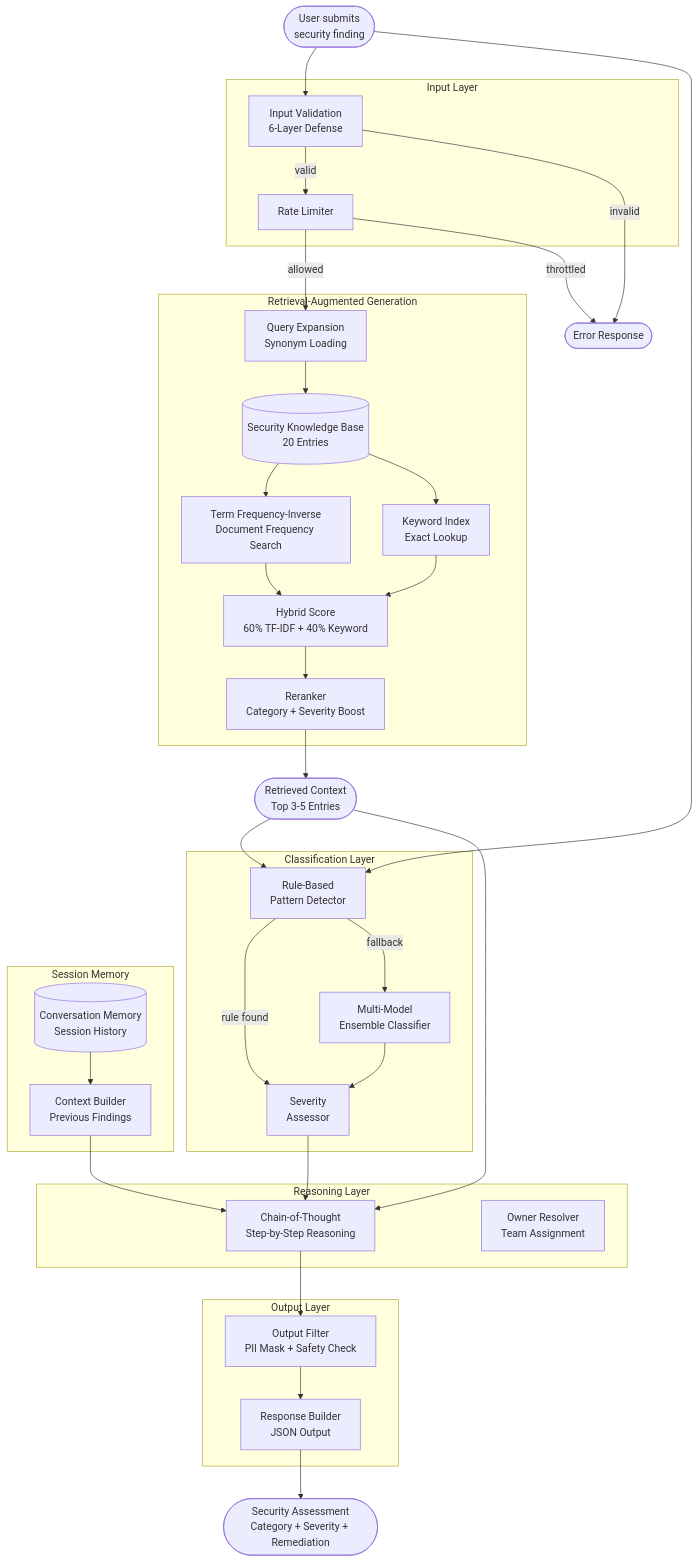
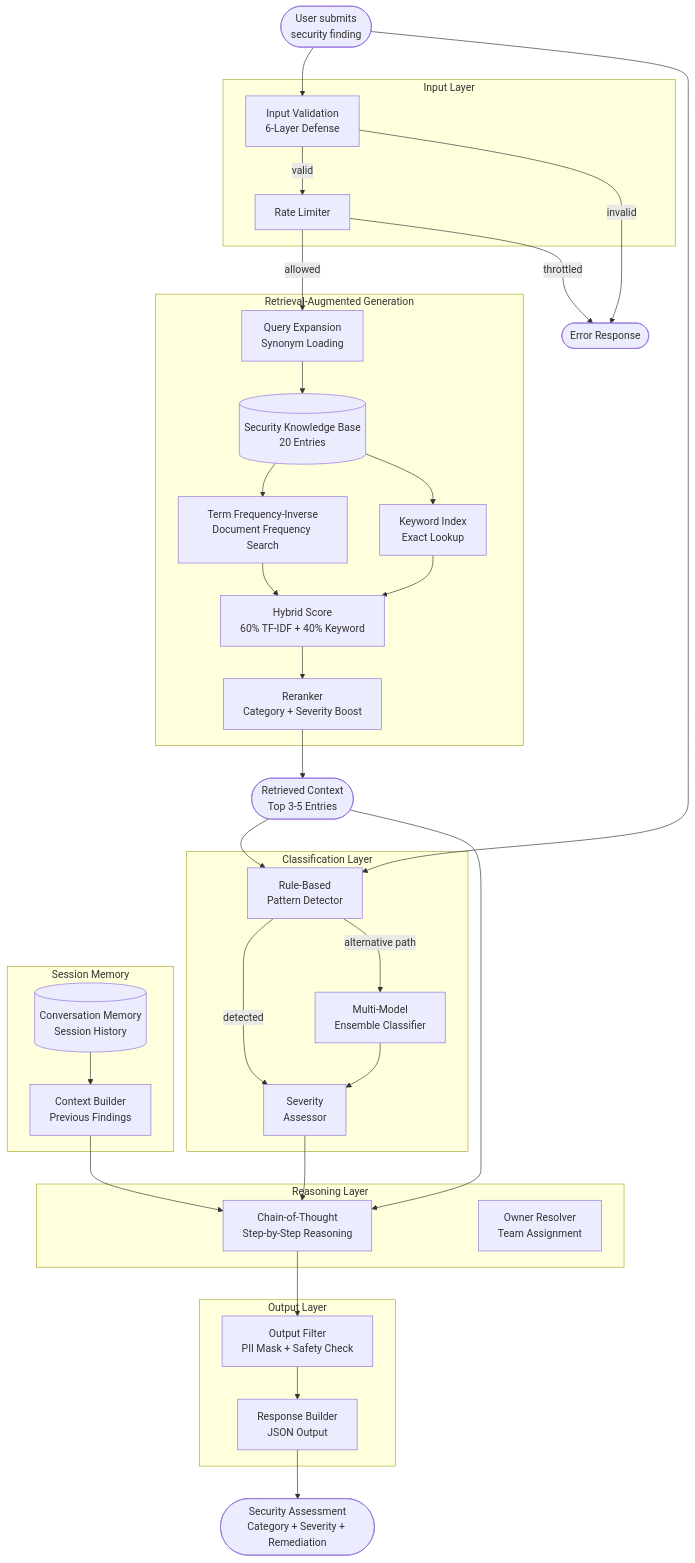
The first of 10 diagrams in README.md (tukue/devsecops-platform-agent), drawn with Mermaid before and after one commit. The commit also changed other lines of this file, not shown here.

Commit message:
Renaming diagram labels

````diff
--- a/README.md
+++ b/README.md
@@ -119,68 +119,68 @@
 ```mermaid
 flowchart TB
     User([User submits\nsecurity finding])
 
     subgraph INPUT["Input Layer"]
         V[Input Validation\n6-Layer Defense]
         RL[Rate Limiter]
     end
 
     subgraph RAG["Retrieval-Augmented Generation"]
         QE[Query Expansion\nSynonym Loading]
         TFIDF["Term Frequency-Inverse\nDocument Frequency Search"]
         KW["Keyword Index\nExact Lookup"]
         HS["Hybrid Score\n60% TF-IDF + 40% Keyword"]
         RR["Reranker\nCategory + Severity Boost"]
         KB[("Security Knowledge Base\n20 Entries")]
     end
 
     subgraph CLASSIFY["Classification Layer"]
         RULE["Rule-Based\nPattern Detector"]
         ENSEMBLE["Multi-Model\nEnsemble Classifier"]
         SEV["Severity\nAssessor"]
     end
 
     subgraph MEMORY["Session Memory"]
         MEM[("Conversation Memory\nSession History")]
         CTX["Context Builder\nPrevious Findings"]
     end
 
     subgraph REASON["Reasoning Layer"]
         COT["Chain-of-Thought\nStep-by-Step Reasoning"]
         owner["Owner Resolver\nTeam Assignment"]
     end
 
     subgraph OUTPUT["Output Layer"]
         OF["Output Filter\nPII Mask + Safety Check"]
         RESP["Response Builder\nJSON Output"]
     end
 
     User --> V
     V -->|valid| RL
     V -->|invalid| ERR([Error Response])
     RL -->|allowed| QE
     RL -->|throttled| ERR
 
     QE --> KB
     KB --> TFIDF
     KB --> KW
     TFIDF --> HS
     KW --> HS
     HS --> RR
     RR --> RAG_OUT([Retrieved Context\nTop 3-5 Entries])
 
     RAG_OUT --> RULE
     User --> RULE
-    RULE -->|rule found| SEV
-    RULE -->|fallback| ENSEMBLE
+    RULE -->|detected| SEV
+    RULE -->|alternative path| ENSEMBLE
     ENSEMBLE --> SEV
 
     SEV --> COT
     RAG_OUT --> COT
     MEM --> CTX
     CTX --> COT
 
     COT --> OF
     OF --> RESP
     RESP --> RESULT([Security Assessment\nCategory + Severity + Remediation])
 ```
````
